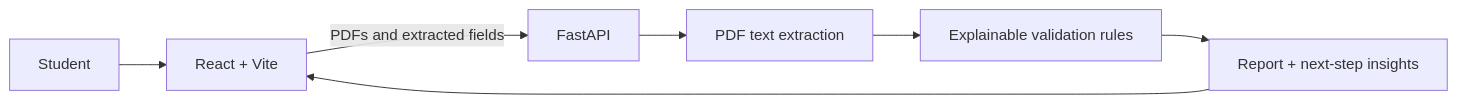
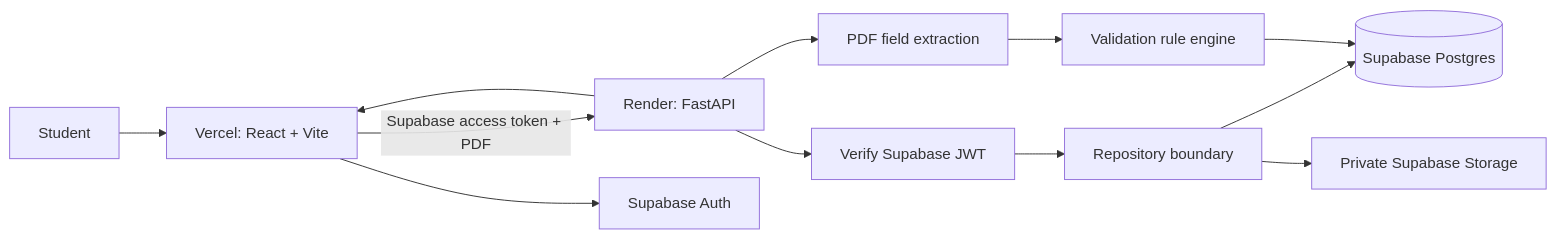
Before and after one commit to ManavTri/TheVibeCoders-HackPSU-2026: the diagram in README.md, drawn with Mermaid. The commit also changed other lines of this file and 48 other files, not shown here.

````diff
--- a/README.md
+++ b/README.md
@@ -11,9 +9,14 @@
 ```mermaid
 flowchart LR
-  Student --> Frontend[React + Vite]
-  Frontend -->|PDFs and extracted fields| Backend[FastAPI]
-  Backend --> Extract[PDF text extraction]
-  Extract --> Rules[Explainable validation rules]
-  Rules --> Report[Report + next-step insights]
-  Report --> Frontend
+  Student --> Web[Vercel: React + Vite]
+  Web -->|Supabase access token + PDF| API[Render: FastAPI]
+  Web --> Auth[Supabase Auth]
+  API --> Verify[Verify Supabase JWT]
+  Verify --> Repo[Repository boundary]
+  Repo --> DB[(Supabase Postgres)]
+  Repo --> Storage[Private Supabase Storage]
+  API --> Extract[PDF field extraction]
+  Extract --> Rules[Validation rule engine]
+  Rules --> DB
+  API --> Web
 ```
````
